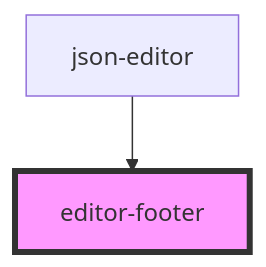
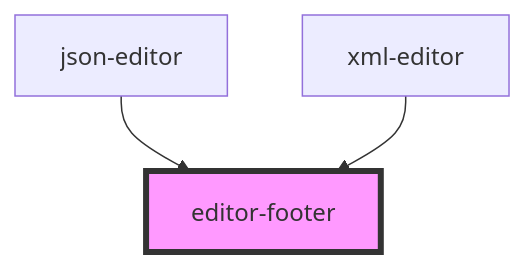
Before and after one commit to DraganP1996/webeditors: the diagram in packages/webeditors/src/components/editor-footer/readme.md, drawn with Mermaid. The commit also changed other lines of this file and 22 other files, not shown here.

Commit message:
Creation of XML editor

````diff
--- a/packages/webeditors/src/components/editor-footer/readme.md
+++ b/packages/webeditors/src/components/editor-footer/readme.md
@@ -24,5 +25,6 @@
 ```mermaid
 graph TD;
   json-editor --> editor-footer
+  xml-editor --> editor-footer
   style editor-footer fill:#f9f,stroke:#333,stroke-width:4px
 ```
````
